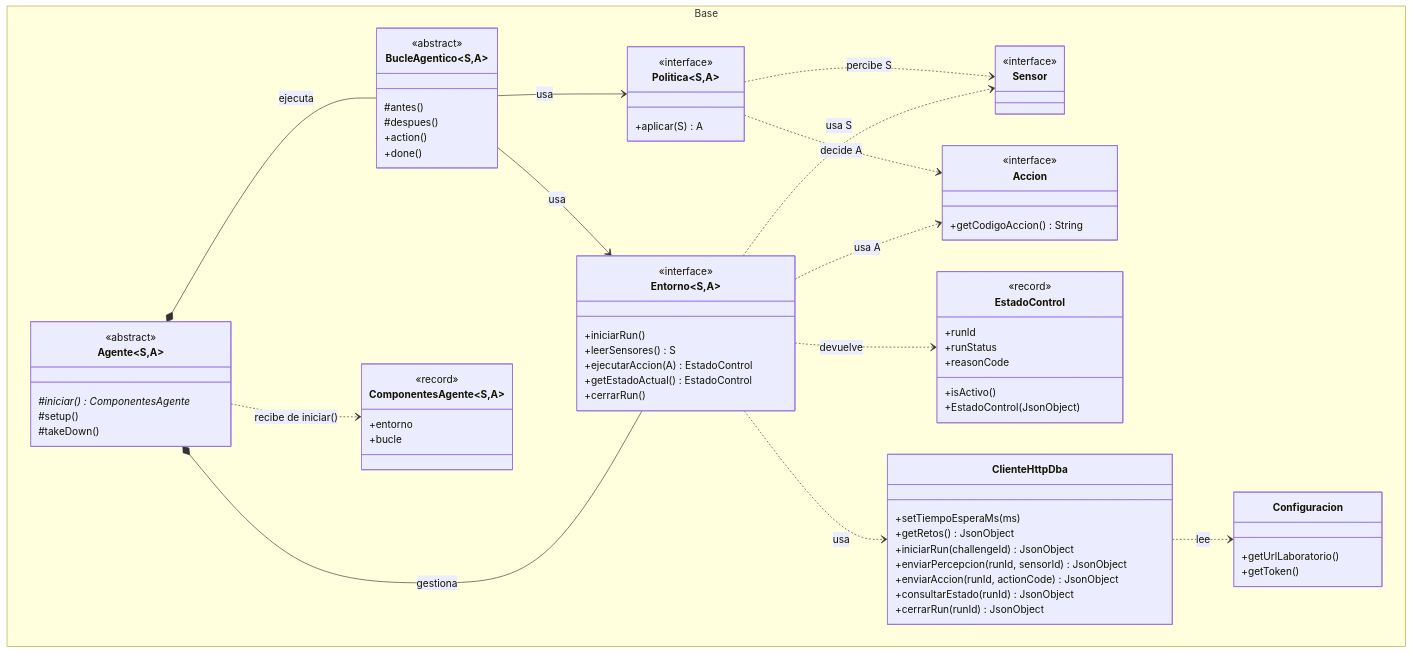
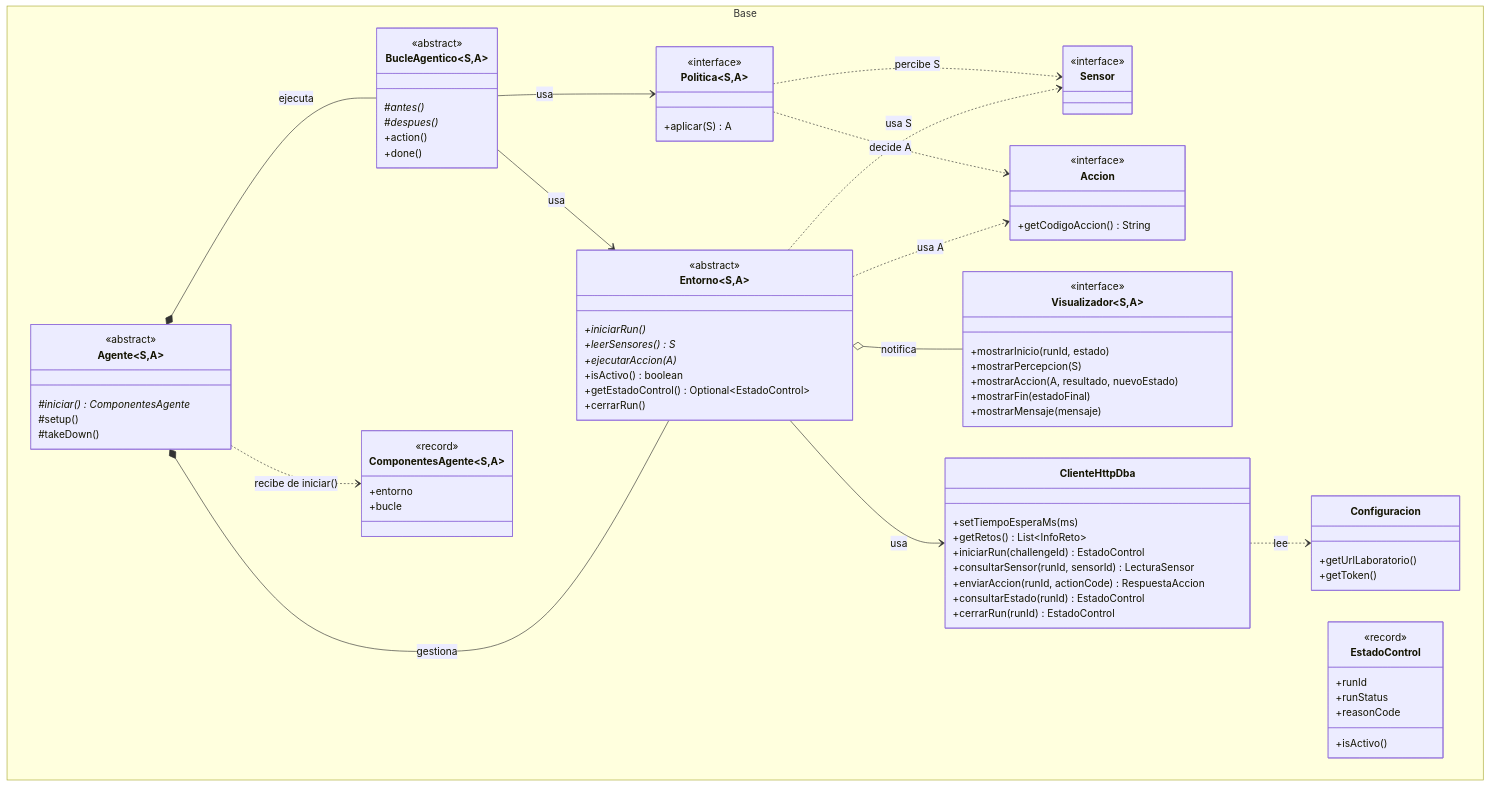
Before and after one commit to leemon22/DBApractica2: the first of 3 diagrams in README.md, drawn with Mermaid. The commit also changed other lines of this file and 25 other files, not shown here.

````diff
--- a/README.md
+++ b/README.md
@@ -108,12 +108,12 @@
         }
         class ClienteHttpDba {
             +setTiempoEsperaMs(ms)
-            +getRetos() JsonObject
-            +iniciarRun(challengeId) JsonObject
-            +enviarPercepcion(runId, sensorId) JsonObject
-            +enviarAccion(runId, actionCode) JsonObject
-            +consultarEstado(runId) JsonObject
-            +cerrarRun(runId) JsonObject
+            +getRetos() List~InfoReto~
+            +iniciarRun(challengeId) EstadoControl
+            +consultarSensor(runId, sensorId) LecturaSensor
+            +enviarAccion(runId, actionCode) RespuestaAccion
+            +consultarEstado(runId) EstadoControl
+            +cerrarRun(runId) EstadoControl
         }
         class EstadoControl {
             <<record>>
@@ -121,7 +121,6 @@
             +runStatus
             +reasonCode
             +isActivo()
-            +EstadoControl(JsonObject)
         }
         class ComponentesAgente~S,A~ {
             <<record>>
@@ -129,12 +128,21 @@
             +bucle
         }
         class Entorno~S,A~ {
+            <<abstract>>
+            +iniciarRun()*
+            +leerSensores()* S
+            +ejecutarAccion(A)*
+            +isActivo() boolean
+            +getEstadoControl() Optional~EstadoControl~
+            +cerrarRun()
+        }
+        class Visualizador~S,A~ {
             <<interface>>
-            +iniciarRun()
-            +leerSensores() S
-            +ejecutarAccion(A) EstadoControl
-            +getEstadoActual() EstadoControl
-            +cerrarRun()
+            +mostrarInicio(runId, estado)
+            +mostrarPercepcion(S)
+            +mostrarAccion(A, resultado, nuevoEstado)
+            +mostrarFin(estadoFinal)
+            +mostrarMensaje(mensaje)
         }
         class Politica~S,A~ {
             <<interface>>
@@ -148,8 +156,8 @@
         }
         class BucleAgentico~S,A~ {
             <<abstract>>
-            #antes()
-            #despues()
+            #antes()*
+            #despues()*
             +action()
             +done()
         }
@@ -157,6 +165,7 @@
 
     Entorno ..> Sensor : usa S
     Entorno ..> Accion : usa A
+    Entorno o-- Visualizador : notifica
     Politica ..> Sensor : percibe S
     Politica ..> Accion : decide A
     Agente *-- BucleAgentico : ejecuta
@@ -164,7 +173,6 @@
     Agente ..> ComponentesAgente : recibe de iniciar()
     BucleAgentico --> Entorno : usa
     BucleAgentico --> Politica : usa
-    Entorno ..> EstadoControl : devuelve
-    Entorno ..> ClienteHttpDba : usa
+    Entorno --> ClienteHttpDba : usa
     ClienteHttpDba ..> Configuracion : lee
 ```
````
